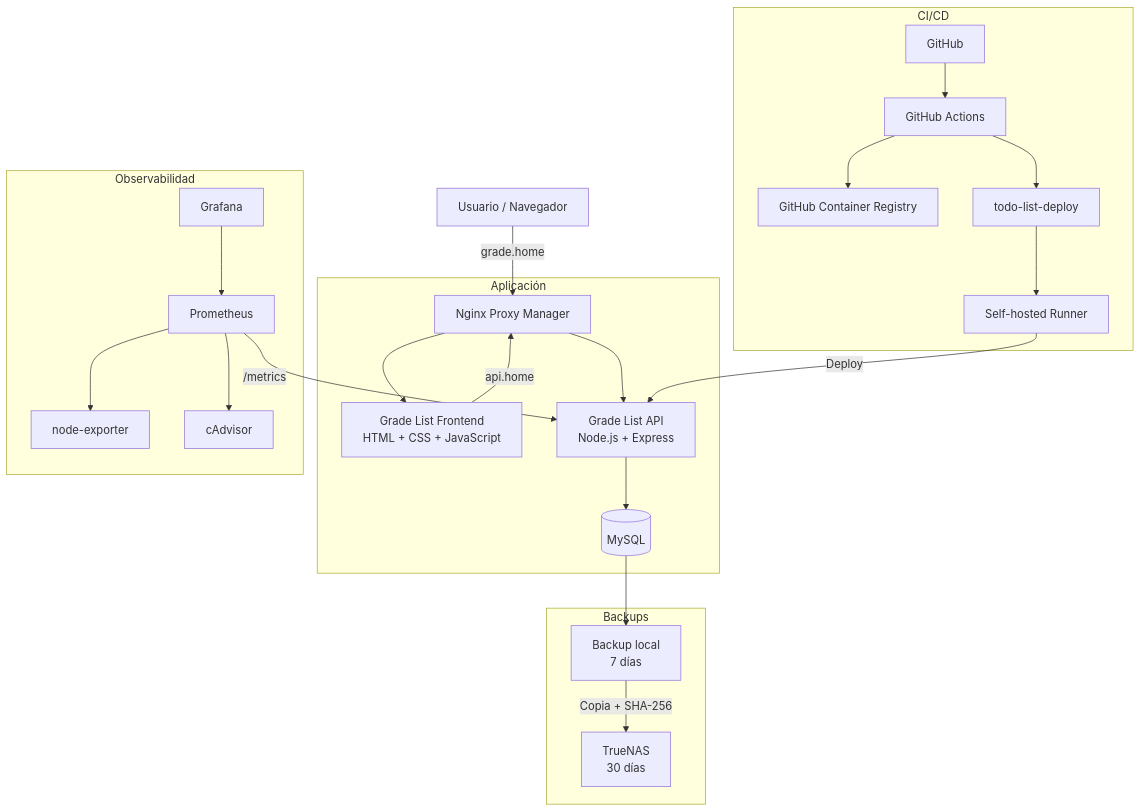
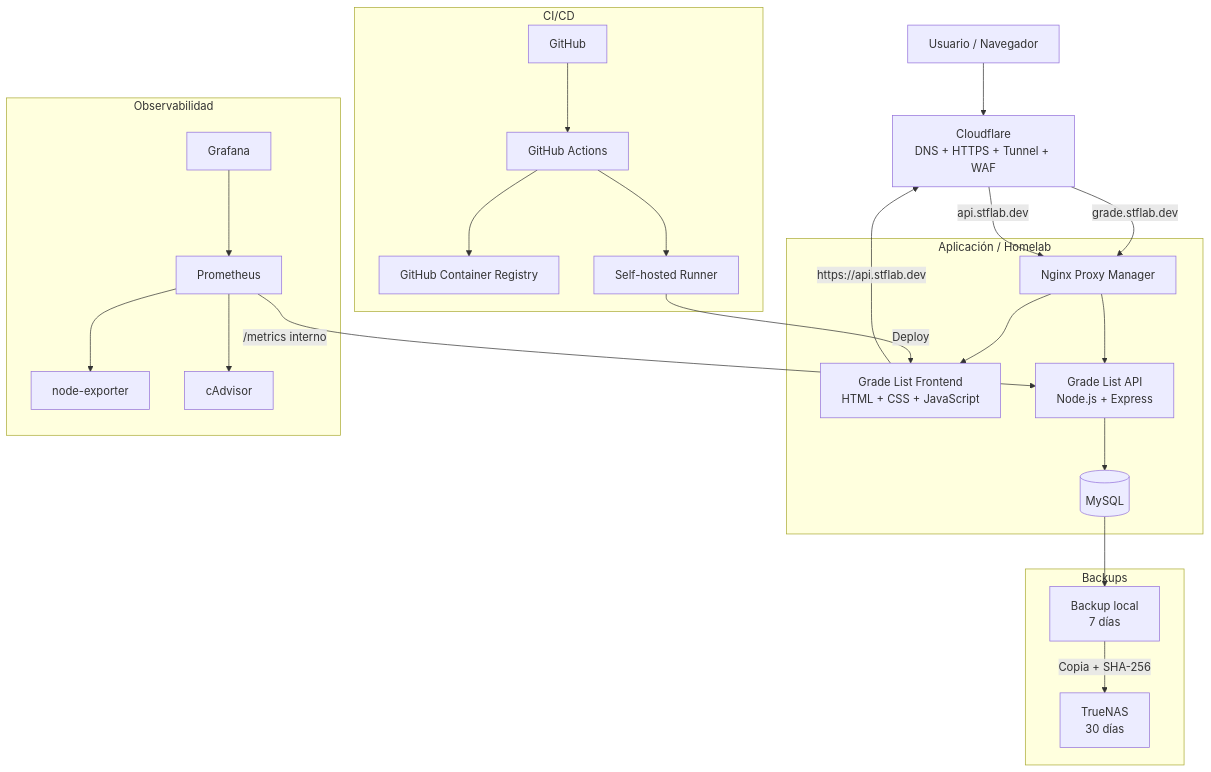
One commit to Graderd/grade-list-frontend changed the diagram in README.md. Above: the diagram before and after it, drawn with Mermaid. The commit also changed other lines of this file, not shown here.

````diff
--- a/README.md
+++ b/README.md
@@ -35,52 +35,54 @@
 ```mermaid
 flowchart TB
 
     USER[Usuario / Navegador]
+    CF[Cloudflare<br/>DNS + HTTPS + Tunnel + WAF]
 
-    subgraph APP["Aplicación"]
+    subgraph APP["Aplicación / Homelab"]
         NPM[Nginx Proxy Manager]
         FE[Grade List Frontend<br/>HTML + CSS + JavaScript]
         API[Grade List API<br/>Node.js + Express]
         DB[(MySQL)]
     end
 
-    USER -->|grade.home| NPM
+    USER --> CF
+    CF -->|grade.stflab.dev| NPM
     NPM --> FE
-    FE -->|api.home| NPM
+
+    FE -->|https://api.stflab.dev| CF
+    CF -->|api.stflab.dev| NPM
     NPM --> API
     API --> DB
 
     subgraph BACKUP["Backups"]
         LOCAL[Backup local<br/>7 días]
         NAS[TrueNAS<br/>30 días]
     end
 
     DB --> LOCAL
     LOCAL -->|Copia + SHA-256| NAS
 
     subgraph OBS["Observabilidad"]
         PROM[Prometheus]
         GRAF[Grafana]
         NODE[node-exporter]
         CAD[cAdvisor]
     end
 
-    PROM -->|/metrics| API
+    PROM -->|/metrics interno| API
     PROM --> NODE
     PROM --> CAD
     GRAF --> PROM
 
     subgraph CICD["CI/CD"]
         GH[GitHub]
         ACTIONS[GitHub Actions]
         GHCR[GitHub Container Registry]
-        DEPLOY[todo-list-deploy]
         RUNNER[Self-hosted Runner]
     end
 
     GH --> ACTIONS
     ACTIONS --> GHCR
-    ACTIONS --> DEPLOY
-    DEPLOY --> RUNNER
-    RUNNER -->|Deploy| API
+    ACTIONS --> RUNNER
+    RUNNER -->|Deploy| FE
 ```
````
